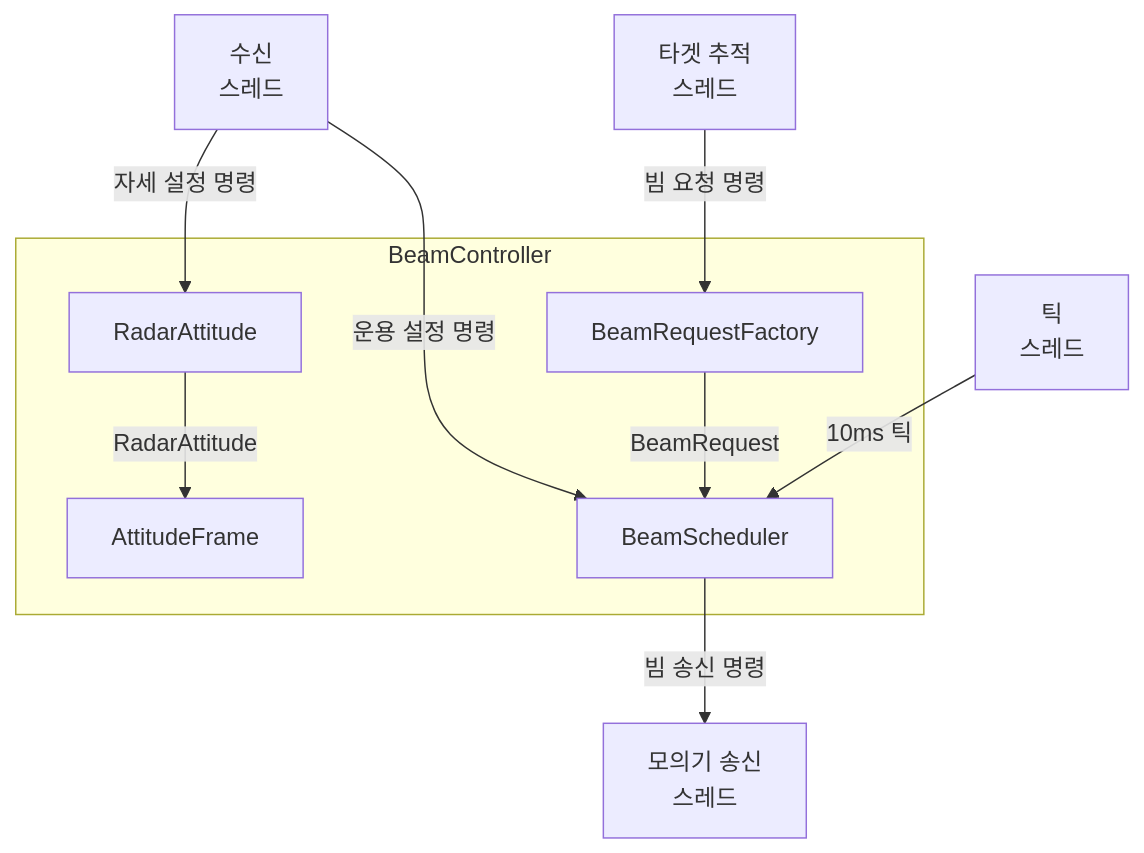
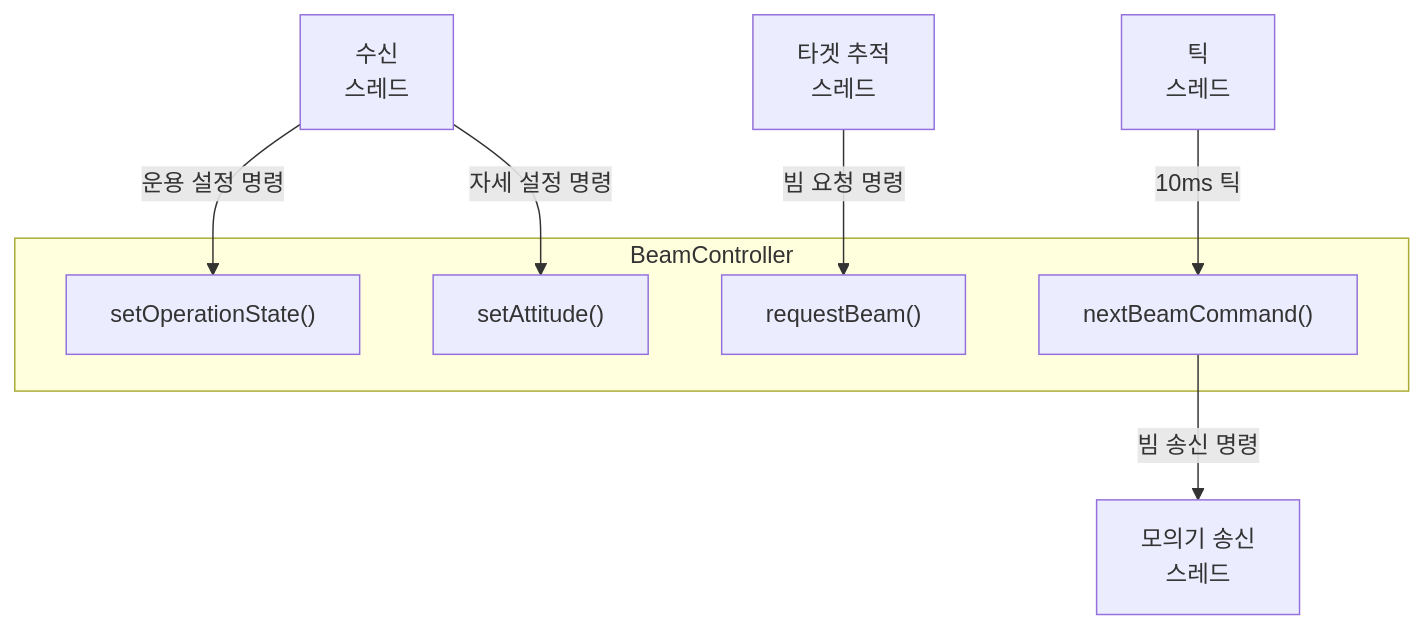
Before and after one commit to AESAlien/aesa-processor: the first of 2 diagrams in src/beam/README.md, drawn with Mermaid. The commit also changed other lines of this file and 2 other files, not shown here.

First line of the commit message:
docs: 빔, 타겟, 통신 모듈 README 다이어그램 정비

````diff
--- a/src/beam/README.md
+++ b/src/beam/README.md
@@ -5,21 +5,20 @@
 ```mermaid
 flowchart TB
     CommReceiveWorker[수신<br/>스레드]
     TargetWorker[타겟 추적<br/>스레드]
     TickWorker[틱<br/>스레드]
     SimulatorSendWorker[모의기 송신<br/>스레드]
 
     subgraph BeamController
-        RadarAttitude
-        AttitudeFrame
-        BeamRequestFactory
-        BeamScheduler
+        setOperationState["setOperationState()"]
+        setAttitude["setAttitude()"]
+        requestBeam["requestBeam()"]
+        nextBeamCommand["nextBeamCommand()"]
     end
 
-    CommReceiveWorker -->|운용 설정 명령| BeamScheduler
-    CommReceiveWorker -->|자세 설정 명령| RadarAttitude -->|RadarAttitude| AttitudeFrame
-    TargetWorker -->|빔 요청 명령| BeamRequestFactory
-    BeamRequestFactory -->|BeamRequest| BeamScheduler
-    TickWorker -->|10ms 틱| BeamScheduler
-    BeamScheduler -->|빔 송신 명령| SimulatorSendWorker
+    CommReceiveWorker -->|운용 설정 명령| setOperationState
+    CommReceiveWorker -->|자세 설정 명령| setAttitude
+    TargetWorker -->|빔 요청 명령| requestBeam
+    TickWorker -->|10ms 틱| nextBeamCommand
+    nextBeamCommand -->|빔 송신 명령| SimulatorSendWorker
 ```
````
